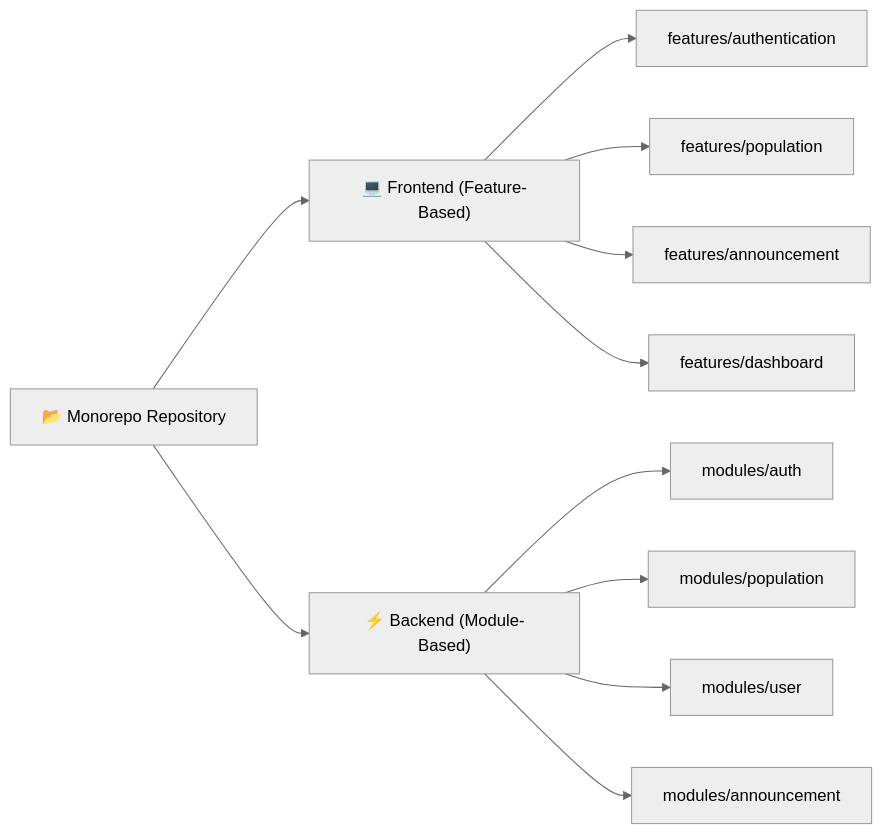
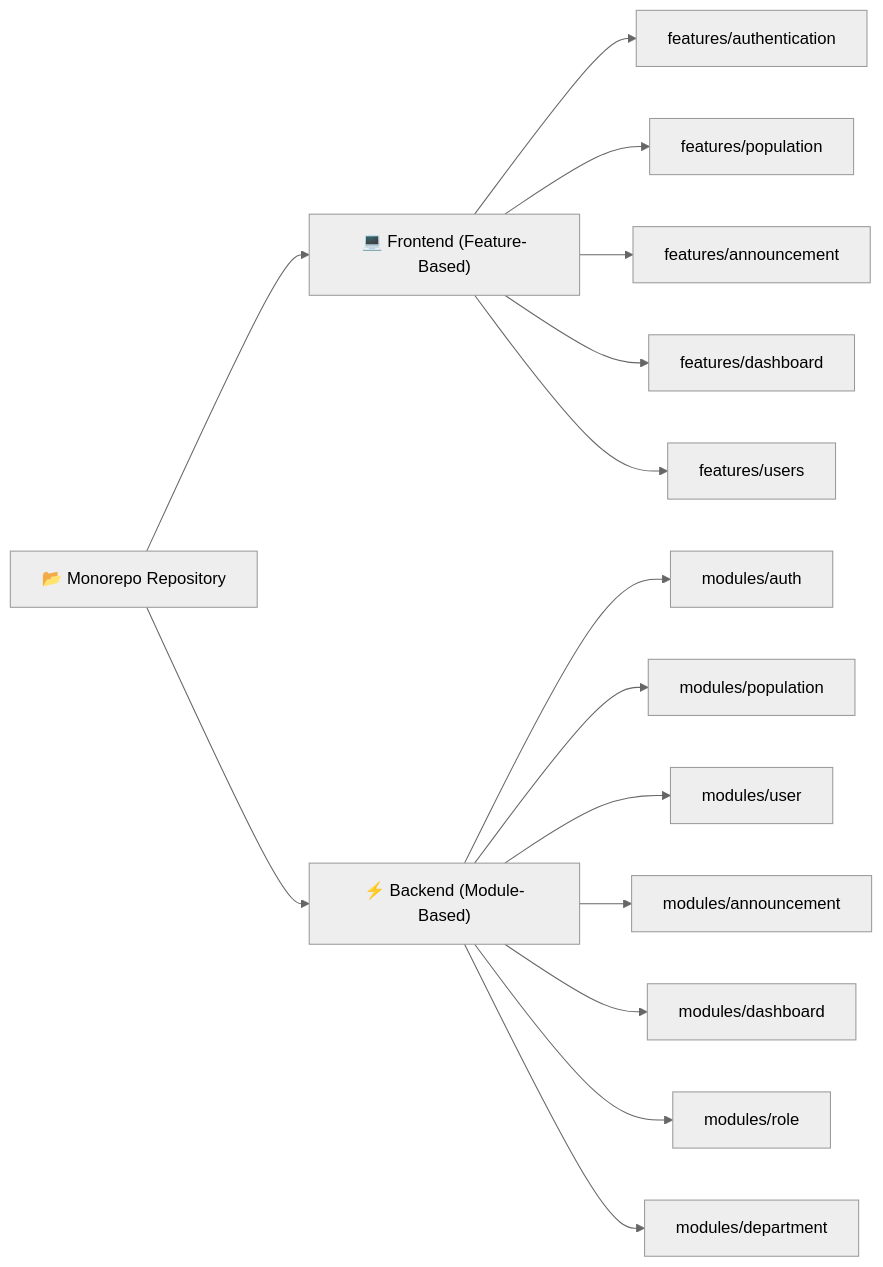
One commit to FakhriF/civic-os changed the second of 3 diagrams in docs/architecture.md. Above: the diagram before and after it, drawn with Mermaid (neutral theme). The commit also changed other lines of this file and 3 other files, not shown here.

First line of the commit message:
docs: reconcile ADR list, module diagrams, and app READMEs

````diff
--- a/docs/architecture.md
+++ b/docs/architecture.md
@@ -53,17 +62,21 @@
 ```mermaid
 flowchart LR
     Monorepo["📂 Monorepo Repository"]
 
     Monorepo --> Frontend["💻 Frontend (Feature-Based)"]
     Monorepo --> Backend["⚡ Backend (Module-Based)"]
 
     Frontend --> F1["features/authentication"]
     Frontend --> F2["features/population"]
     Frontend --> F3["features/announcement"]
     Frontend --> F4["features/dashboard"]
+    Frontend --> F5["features/users"]
 
     Backend --> B1["modules/auth"]
     Backend --> B2["modules/population"]
     Backend --> B3["modules/user"]
     Backend --> B4["modules/announcement"]
+    Backend --> B5["modules/dashboard"]
+    Backend --> B6["modules/role"]
+    Backend --> B7["modules/department"]
 ```
````
